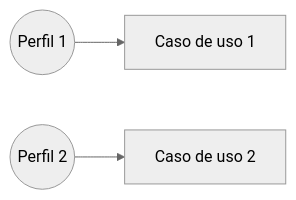
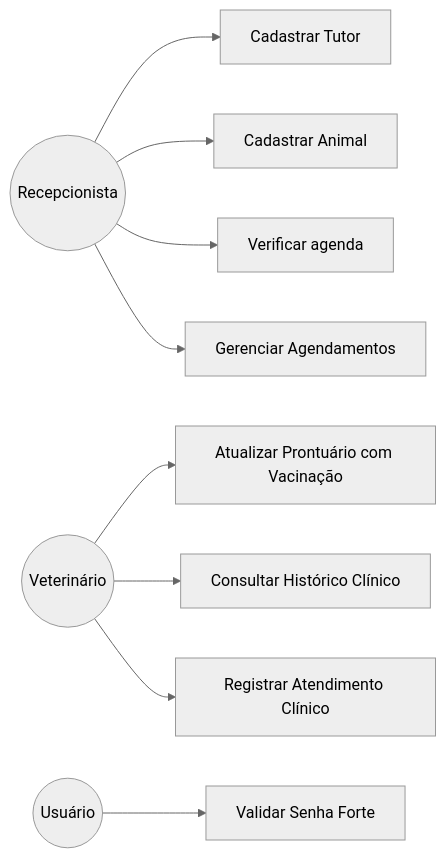
The first of 2 diagrams in docs/E3/diagramas_UML.md (Anabe-dev/clinica_veterinaria), drawn with Mermaid (neutral theme) before and after one commit.

Commit message:
Update UML use case diagram with new actors and use cases

````diff
--- a/docs/E3/diagramas_UML.md
+++ b/docs/E3/diagramas_UML.md
@@ -5,7 +5,15 @@
 ```mermaid
 flowchart LR
-  Ator1((Perfil 1))
-  Ator2((Perfil 2))
-  Ator1 --> UC1[Caso de uso 1]
-  Ator2 --> UC2[Caso de uso 2]
+  Ator1((Recepcionista))
+  Ator2((Veterinário))
+  Ator3((Usuário))
+  Ator1 --> UC1[Cadastrar Tutor]
+  Ator1 --> UC1.1[Cadastrar Animal]
+  Ator1 --> UC1.2[Verificar agenda]
+  Ator1 --> UC1.3[Gerenciar Agendamentos]
+  Ator2 --> UC2[Atualizar Prontuário com Vacinação]
+  Ator2 --> UC2.1[Consultar Histórico Clínico]
+  Ator2 --> UC2.2[Registrar Atendimento Clínico]
+  Ator3 --> UC3[Validar Senha Forte]
+
 ```
````
